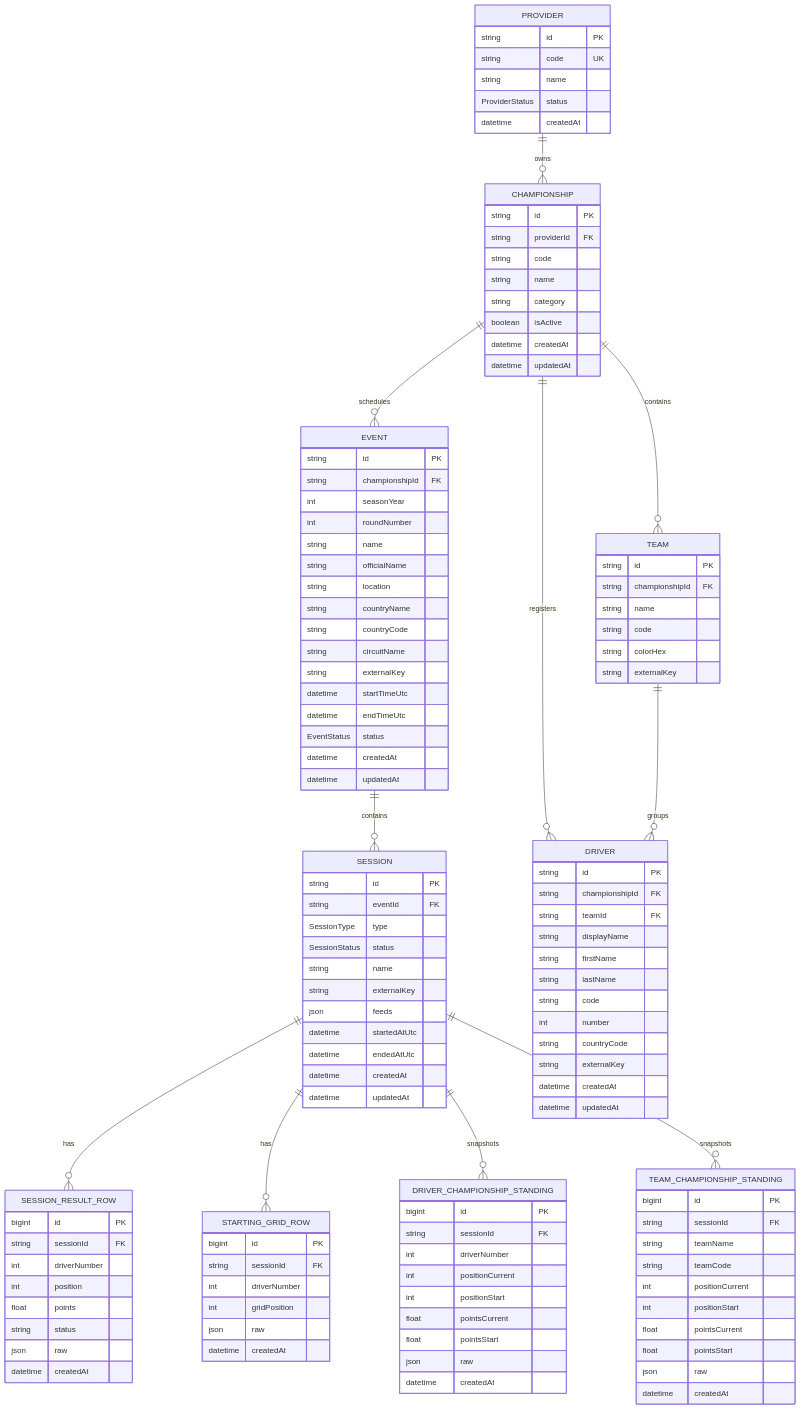
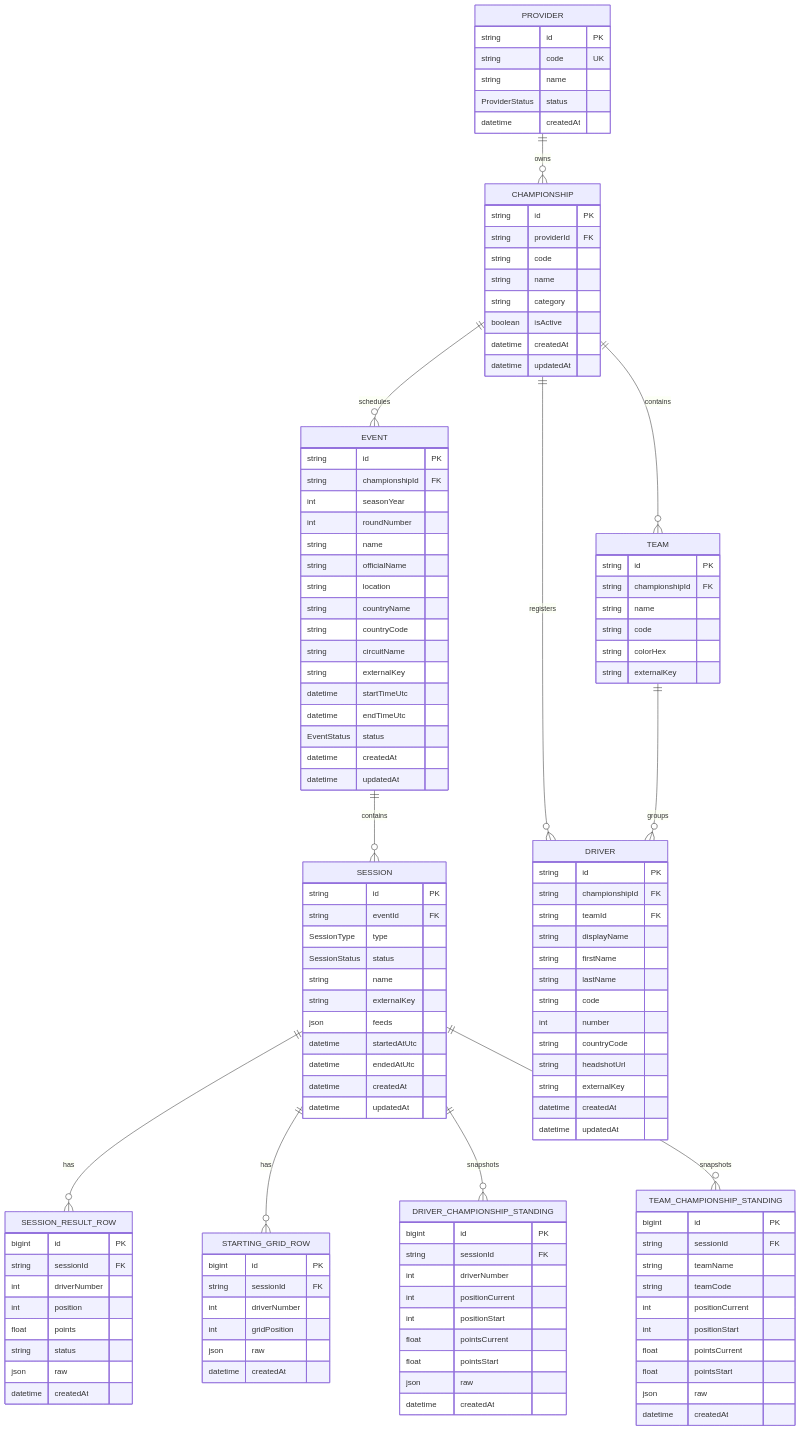
One commit to OverDrive-Motorsports/OD_Backend changed the diagram in services/championship-service/doc/db/database-diagram.mmd. Above: the diagram before and after it, drawn with Mermaid. The commit also changed 10 other files, not shown here.

```diff
--- a/services/championship-service/doc/db/database-diagram.mmd
+++ b/services/championship-service/doc/db/database-diagram.mmd
@@ -1,132 +1,133 @@
 erDiagram
     PROVIDER {
         string id PK
         string code UK
         string name
         ProviderStatus status
         datetime createdAt
     }
 
     CHAMPIONSHIP {
         string id PK
         string providerId FK
         string code
         string name
         string category
         boolean isActive
         datetime createdAt
         datetime updatedAt
     }
 
     EVENT {
         string id PK
         string championshipId FK
         int seasonYear
         int roundNumber
         string name
         string officialName
         string location
         string countryName
         string countryCode
         string circuitName
         string externalKey
         datetime startTimeUtc
         datetime endTimeUtc
         EventStatus status
         datetime createdAt
         datetime updatedAt
     }
 
     SESSION {
         string id PK
         string eventId FK
         SessionType type
         SessionStatus status
         string name
         string externalKey
         json feeds
         datetime startedAtUtc
         datetime endedAtUtc
         datetime createdAt
         datetime updatedAt
     }
 
     TEAM {
         string id PK
         string championshipId FK
         string name
         string code
         string colorHex
         string externalKey
     }
 
     DRIVER {
         string id PK
         string championshipId FK
         string teamId FK
         string displayName
         string firstName
         string lastName
         string code
         int number
         string countryCode
+        string headshotUrl
         string externalKey
         datetime createdAt
         datetime updatedAt
     }
 
     SESSION_RESULT_ROW {
         bigint id PK
         string sessionId FK
         int driverNumber
         int position
         float points
         string status
         json raw
         datetime createdAt
     }
 
     STARTING_GRID_ROW {
         bigint id PK
         string sessionId FK
         int driverNumber
         int gridPosition
         json raw
         datetime createdAt
     }
 
     DRIVER_CHAMPIONSHIP_STANDING {
         bigint id PK
         string sessionId FK
         int driverNumber
         int positionCurrent
         int positionStart
         float pointsCurrent
         float pointsStart
         json raw
         datetime createdAt
     }
 
     TEAM_CHAMPIONSHIP_STANDING {
         bigint id PK
         string sessionId FK
         string teamName
         string teamCode
         int positionCurrent
         int positionStart
         float pointsCurrent
         float pointsStart
         json raw
         datetime createdAt
     }
 
     PROVIDER ||--o{ CHAMPIONSHIP : owns
     CHAMPIONSHIP ||--o{ EVENT : schedules
     CHAMPIONSHIP ||--o{ TEAM : contains
     CHAMPIONSHIP ||--o{ DRIVER : registers
     EVENT ||--o{ SESSION : contains
     TEAM ||--o{ DRIVER : groups
     SESSION ||--o{ SESSION_RESULT_ROW : has
     SESSION ||--o{ STARTING_GRID_ROW : has
     SESSION ||--o{ DRIVER_CHAMPIONSHIP_STANDING : snapshots
     SESSION ||--o{ TEAM_CHAMPIONSHIP_STANDING : snapshots
```
